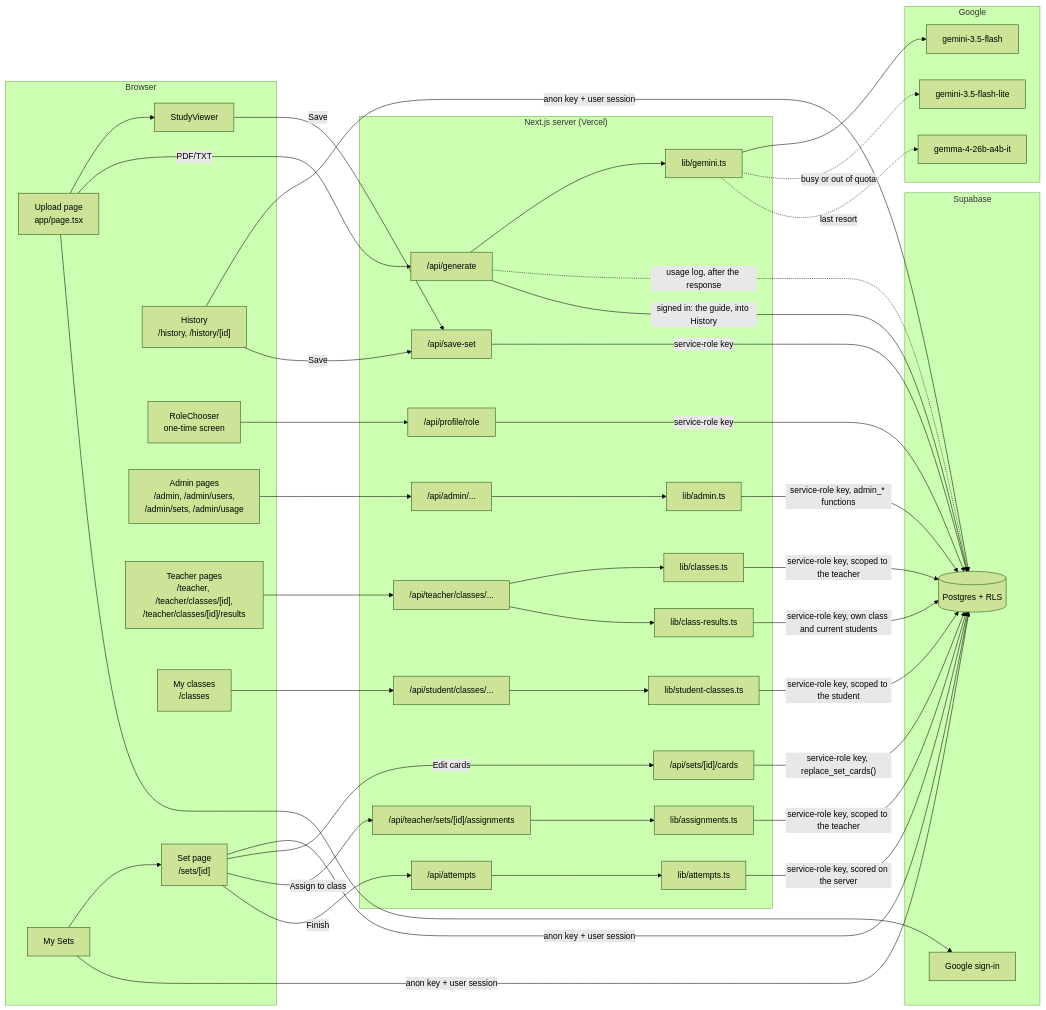
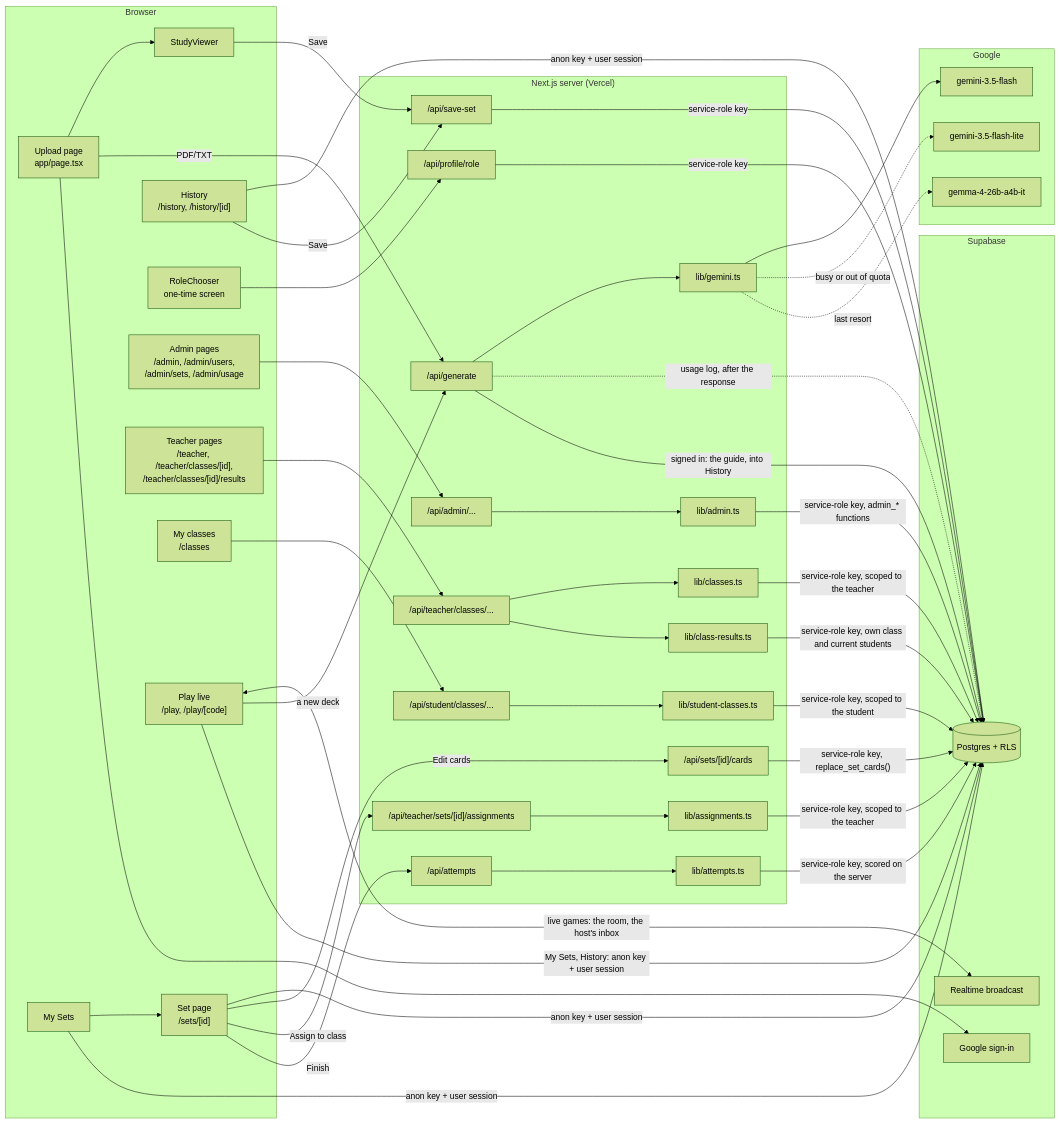
One commit to GABRIEL-CSTND/FlashForge changed the diagram in docs/ARCHITECTURE.md. Above: the diagram before and after it, drawn with Mermaid (forest theme). The commit also changed other lines of this file and 7 other files, not shown here.

First line of the commit message:
Play live (#26): docs, the User Guide and the privacy page

````diff
--- a/docs/ARCHITECTURE.md
+++ b/docs/ARCHITECTURE.md
@@ -8,55 +8,60 @@
 ```mermaid
 flowchart LR
   subgraph Browser
     U[Upload page<br/>app/page.tsx] --> SV[StudyViewer]
     MS[My Sets] --> SP["Set page<br/>/sets/[id]"]
     HI["History<br/>/history, /history/[id]"]
     RC[RoleChooser<br/>one-time screen]
     AP["Admin pages<br/>/admin, /admin/users,<br/>/admin/sets, /admin/usage"]
     T["Teacher pages<br/>/teacher, /teacher/classes/[id],<br/>/teacher/classes/[id]/results"]
     MC["My classes<br/>/classes"]
+    PL["Play live<br/>/play, /play/[code]"]
   end
   subgraph "Next.js server (Vercel)"
     G["/api/generate"] --> AI[lib/gemini.ts]
     S["/api/save-set"]
     EC["/api/sets/[id]/cards"]
     AS["/api/teacher/sets/[id]/assignments"] --> ASL[lib/assignments.ts]
     R["/api/profile/role"]
     AA["/api/admin/..."] --> ADL[lib/admin.ts]
     TC["/api/teacher/classes/..."] --> CL[lib/classes.ts]
     TC --> CR[lib/class-results.ts]
     SC["/api/student/classes/..."] --> SCL[lib/student-classes.ts]
     AT["/api/attempts"] --> ATL[lib/attempts.ts]
   end
   subgraph Google
     AI --> M1[gemini-3.5-flash]
     AI -.->|busy or out of quota| M2[gemini-3.5-flash-lite]
     AI -.->|last resort| M3[gemma-4-26b-a4b-it]
   end
   subgraph Supabase
     DB[(Postgres + RLS)]
     AUTH[Google sign-in]
+    RT[Realtime broadcast]
   end
   U -->|PDF/TXT| G
   G -.->|"usage log, after the response"| DB
   G -->|"signed in: the guide, into History"| DB
   HI -->|anon key + user session| DB
   HI -->|Save| S
   SV -->|Save| S -->|service-role key| DB
   MS -->|anon key + user session| DB
   SP -->|anon key + user session| DB
   SP -->|Edit cards| EC -->|"service-role key, replace_set_cards()"| DB
   SP -->|Assign to class| AS
   SP -->|Finish| AT
   ATL -->|service-role key, scored on the server| DB
   ASL -->|service-role key, scoped to the teacher| DB
   U --> AUTH
   RC --> R -->|service-role key| DB
   AP --> AA
   ADL -->|"service-role key, admin_* functions"| DB
   T --> TC
   CL -->|service-role key, scoped to the teacher| DB
   CR -->|service-role key, own class and current students| DB
   MC --> SC
   SCL -->|service-role key, scoped to the student| DB
+  PL <-->|"live games: the room, the host's inbox"| RT
+  PL -->|"a new deck"| G
+  PL -->|"My Sets, History: anon key + user session"| DB
 ```
````
